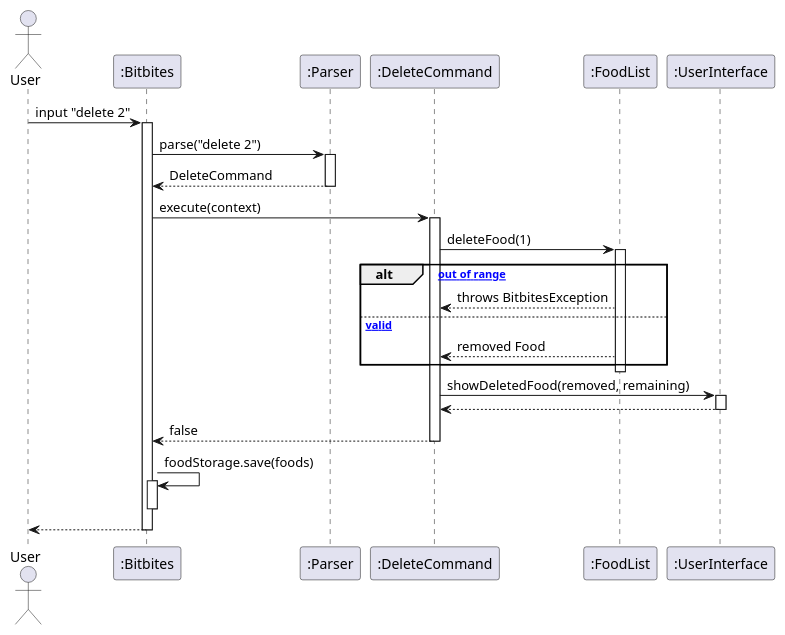
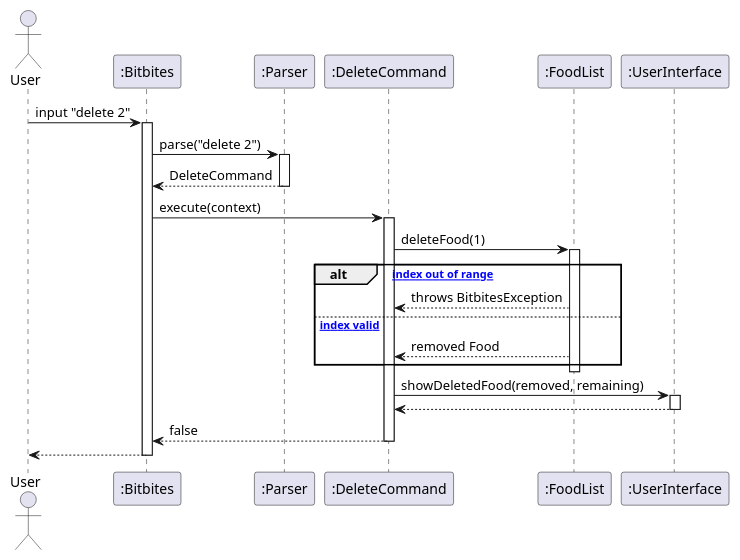
The diagram in docs/uml/delete.puml (bryanyeo3125/tp), drawn with PlantUML before and after one commit. The commit also changed 15 other files, not shown here.

Commit message:
Update UML

```diff
--- a/docs/uml/delete.puml
+++ b/docs/uml/delete.puml
@@ -1,43 +1,39 @@
 @startuml
 actor User
 participant ":Bitbites" as Bitbites
 participant ":Parser" as Parser
 participant ":DeleteCommand" as DeleteCommand
 participant ":FoodList" as FoodList
 participant ":UserInterface" as UI
 
 User -> Bitbites : input "delete 2"
 activate Bitbites
 
 Bitbites -> Parser : parse("delete 2")
 activate Parser
 Parser --> Bitbites : DeleteCommand
 deactivate Parser
 
 Bitbites -> DeleteCommand : execute(context)
 activate DeleteCommand
 
 DeleteCommand -> FoodList : deleteFood(1)
 activate FoodList
-alt [index out of range]
+alt [* index out of range]
   FoodList --> DeleteCommand : throws BitbitesException
-else [index valid]
+else [* index valid]
   FoodList --> DeleteCommand : removed Food
 end
 deactivate FoodList
 
 DeleteCommand -> UI : showDeletedFood(removed, remaining)
 activate UI
 UI --> DeleteCommand
 deactivate UI
 
 DeleteCommand --> Bitbites : false
 deactivate DeleteCommand
 
-Bitbites -> Bitbites : foodStorage.save(foods)
-activate Bitbites
-deactivate Bitbites
-
 Bitbites --> User
 deactivate Bitbites
 @enduml
```
